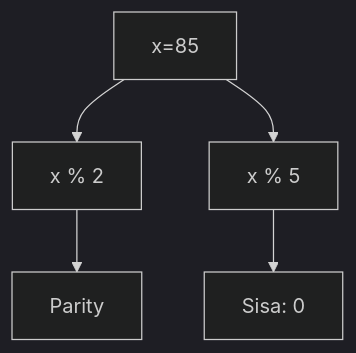
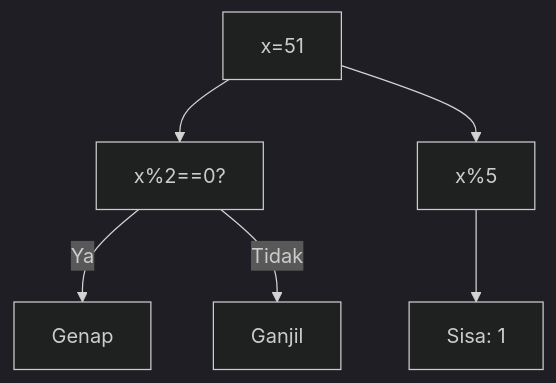
The sixth of 25 diagrams in part-c-pemahaman-cpp/04-fungsi/latihan/set-07.md (amnahwaida/OSNK_INF_PREP), drawn with Mermaid (dark theme) before and after one commit. The commit also changed other lines of this file and 71 other files, not shown here.

Commit message:
Fixed Mermaid syntax lexical errors with quoted labels in 1,800 questions

````diff
--- a/part-c-pemahaman-cpp/04-fungsi/latihan/set-07.md
+++ b/part-c-pemahaman-cpp/04-fungsi/latihan/set-07.md
@@ -176,7 +191,8 @@
 ```mermaid
 graph TD
-A[x=85] --> B[x % 2]
-B --> C[Parity]
-A --> D[x % 5]
-D --> E[Sisa: 0]
+A["x=51"] --> B["x%2==0?"]
+B -- Ya --> C["Genap"]
+B -- Tidak --> D["Ganjil"]
+A --> E["x%5"]
+E --> F["Sisa: 1"]
 ```
````
